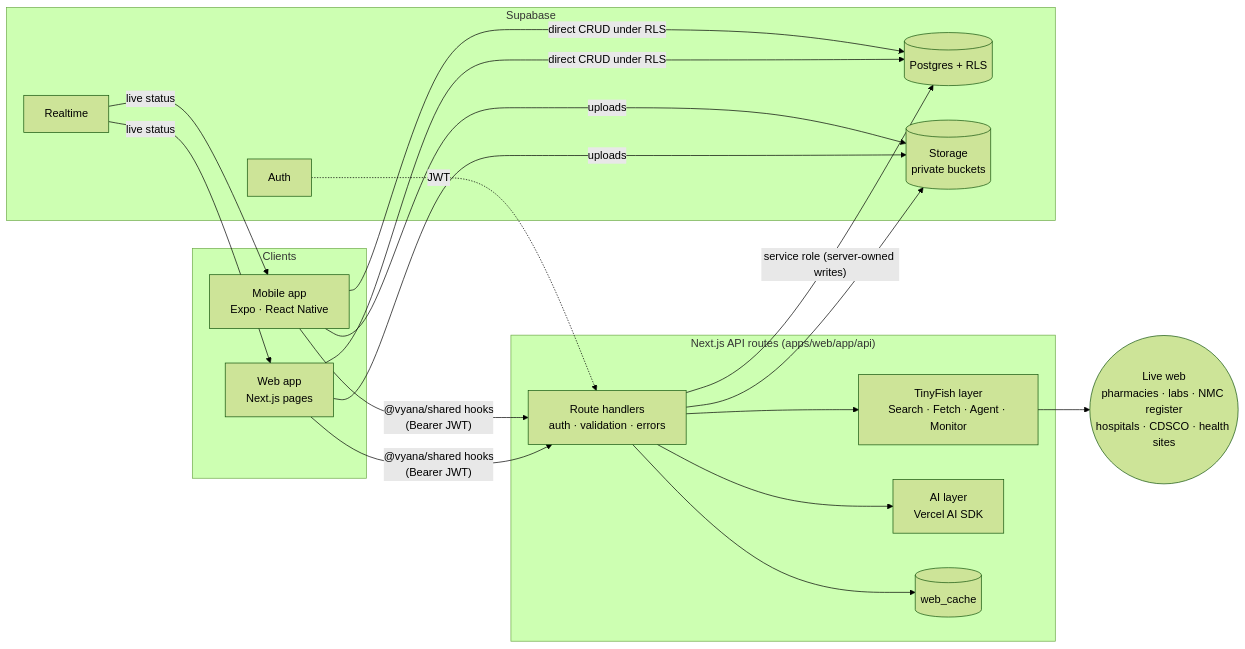
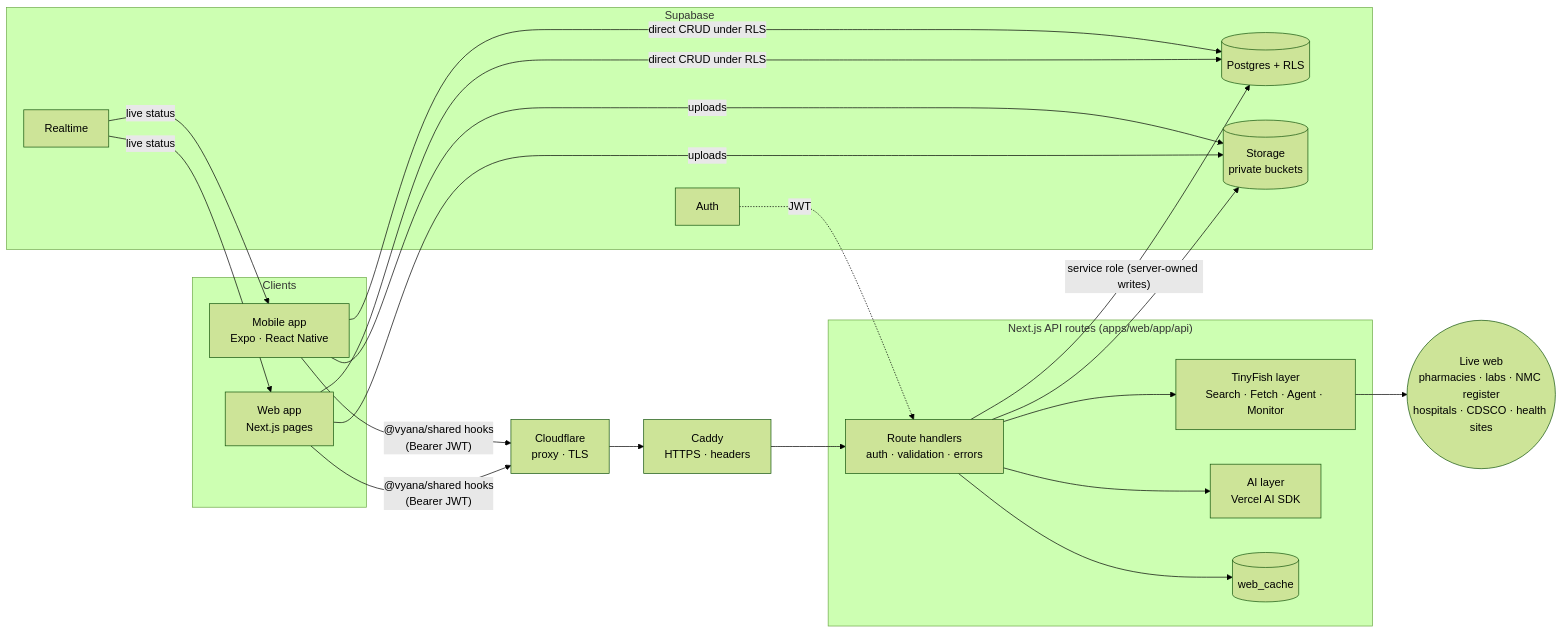
Before and after one commit to AlicanAkyol/vyana: the first of 2 diagrams in ARCHITECTURE.md, drawn with Mermaid (forest theme). The commit also changed other lines of this file and 1 other file, not shown here.

First line of the commit message:
docs: bring the README and architecture up to date with the features and the deployment

````diff
--- a/ARCHITECTURE.md
+++ b/ARCHITECTURE.md
@@ -5,31 +5,33 @@
 ```mermaid
 flowchart LR
   subgraph Clients
     M["Mobile app<br/>Expo · React Native"]
     W["Web app<br/>Next.js pages"]
   end
+  CF["Cloudflare<br/>proxy · TLS"]
+  CD["Caddy<br/>HTTPS · headers"]
   subgraph Server["Next.js API routes (apps/web/app/api)"]
     API["Route handlers<br/>auth · validation · errors"]
     TF["TinyFish layer<br/>Search · Fetch · Agent · Monitor"]
     AI["AI layer<br/>Vercel AI SDK"]
     C[("web_cache")]
   end
   subgraph Supabase
     DB[("Postgres + RLS")]
     ST[("Storage<br/>private buckets")]
     RT["Realtime"]
     AU["Auth"]
   end
   WEB(("Live web<br/>pharmacies · labs · NMC register<br/>hospitals · CDSCO · health sites"))
 
-  M & W -- "@vyana/shared hooks<br/>(Bearer JWT)" --> API
+  M & W -- "@vyana/shared hooks<br/>(Bearer JWT)" --> CF --> CD --> API
   M & W -- "direct CRUD under RLS" --> DB
   M & W -- "uploads" --> ST
   RT -- "live status" --> M & W
   API --> TF --> WEB
   API --> AI
   API --> C
   API -- "service role (server-owned writes)" --> DB
   API --> ST
   AU -.->|JWT| API
 ```
````
